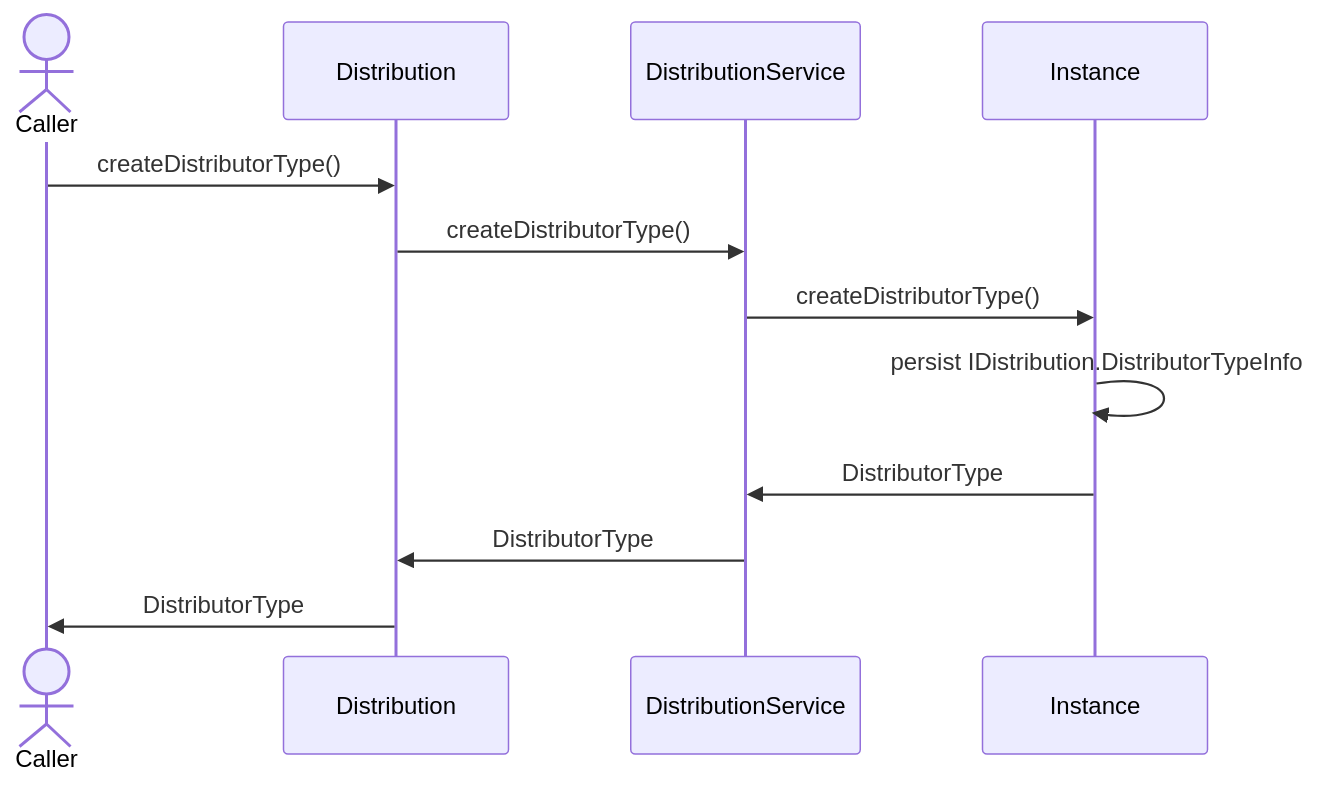
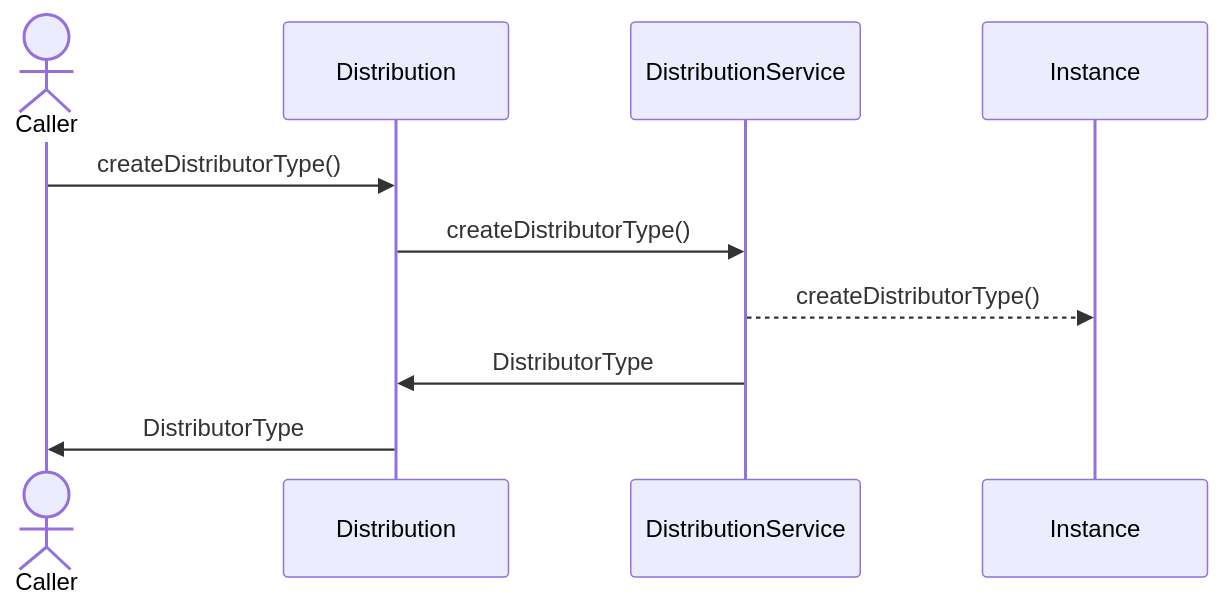
Before and after one commit to etherisc/gif-next: the first of 5 diagrams in docs_manual/distribution.md, drawn with Mermaid. The commit also changed other lines of this file and 1 other file, not shown here.

Commit message:
update sequences (#240)

````diff
--- a/docs_manual/distribution.md
+++ b/docs_manual/distribution.md
@@ -5,15 +5,13 @@
 ```mermaid
 sequenceDiagram
     actor C as Caller
     participant D as Distribution
     participant DS as DistributionService
     participant I as Instance
     
     C ->> D: createDistributorType()
     D ->> DS: createDistributorType()
-    DS ->> I: createDistributorType()
-    I ->> I: persist IDistribution.DistributorTypeInfo
-    I ->> DS: DistributorType
+    DS -->> I: createDistributorType()
     DS ->> D: DistributorType
     D ->> C: DistributorType
 ```
````
